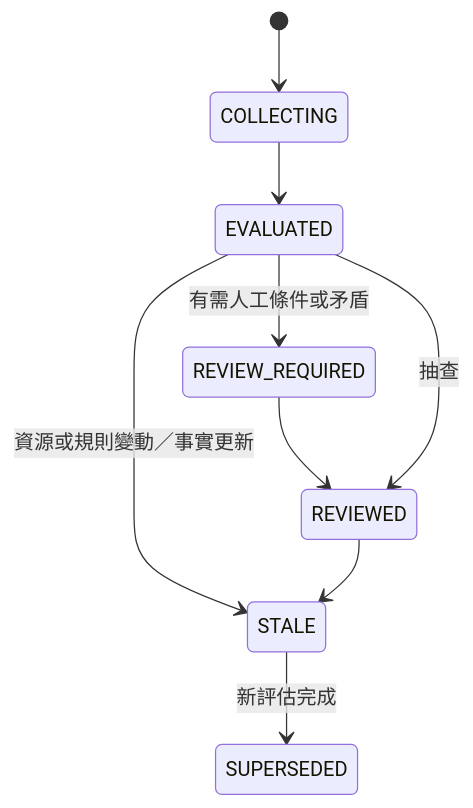
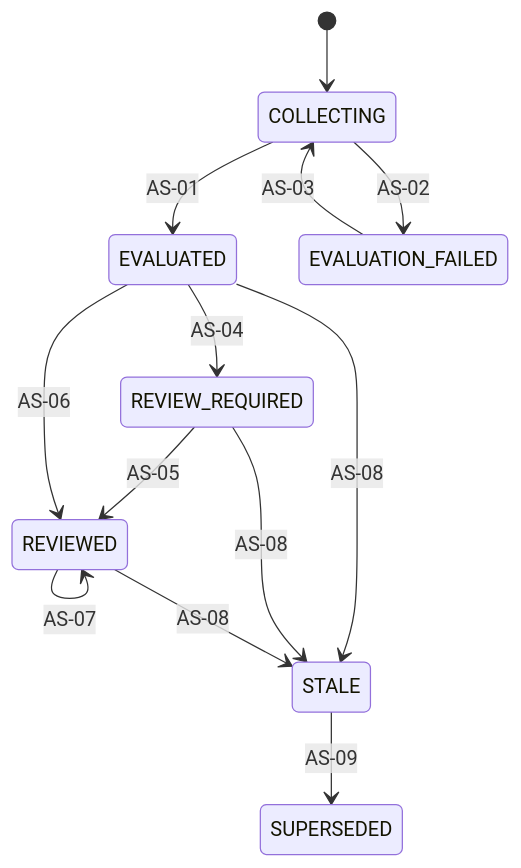
Before and after one commit to firekou/SaveThePeople: the third of 7 diagrams in docs/platform/DATA_MODEL_AND_STATE_MACHINES.md, drawn with Mermaid. The commit also changed other lines of this file and 22 other files, not shown here.

````diff
--- a/docs/platform/DATA_MODEL_AND_STATE_MACHINES.md
+++ b/docs/platform/DATA_MODEL_AND_STATE_MACHINES.md
@@ -412,11 +551,15 @@
 ```mermaid
 stateDiagram-v2
   [*] --> COLLECTING
-  COLLECTING --> EVALUATED
-  EVALUATED --> REVIEW_REQUIRED: 有需人工條件或矛盾
-  REVIEW_REQUIRED --> REVIEWED
-  EVALUATED --> REVIEWED: 抽查
-  EVALUATED --> STALE: 資源或規則變動／事實更新
-  REVIEWED --> STALE
-  STALE --> SUPERSEDED: 新評估完成
+  COLLECTING --> EVALUATED: AS-01
+  COLLECTING --> EVALUATION_FAILED: AS-02
+  EVALUATION_FAILED --> COLLECTING: AS-03
+  EVALUATED --> REVIEW_REQUIRED: AS-04
+  REVIEW_REQUIRED --> REVIEWED: AS-05
+  EVALUATED --> REVIEWED: AS-06
+  REVIEWED --> REVIEWED: AS-07
+  EVALUATED --> STALE: AS-08
+  REVIEW_REQUIRED --> STALE: AS-08
+  REVIEWED --> STALE: AS-08
+  STALE --> SUPERSEDED: AS-09
 ```
````
